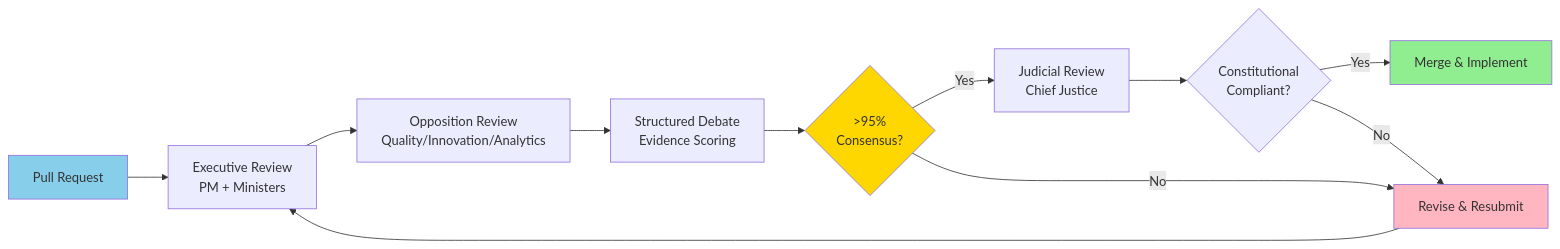
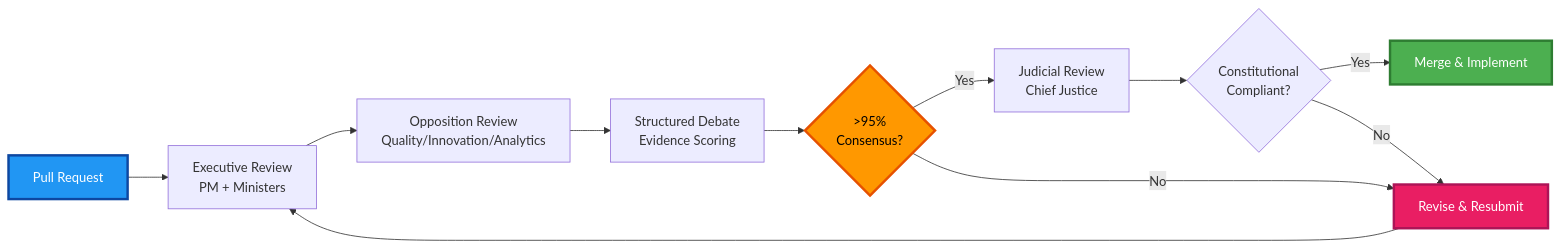
The diagram in CONTRIBUTING.md (Gaurav-Wankhede/AegisIDE), drawn with Mermaid before and after one commit. The commit also changed 1 other file, not shown here.

Commit message:
Update mermaid diagram colors for dark/light theme compatibility
Colors now optimized for visibility in both themes:
- Green (#4CAF50): Start/Complete states
- Orange (#FF9800): Execute/Consensus (high visibility)
- Blue (#2196F3): Update/PR states
- Pink (#E91E63): Wait/Revise states

Added stroke borders and appropriate text colors for better contrast

````diff
--- a/CONTRIBUTING.md
+++ b/CONTRIBUTING.md
@@ -7,18 +7,18 @@
 ```mermaid
 flowchart LR
     PR[Pull Request] --> Exec[Executive Review<br/>PM + Ministers]
     Exec --> Opp[Opposition Review<br/>Quality/Innovation/Analytics]
     Opp --> Debate[Structured Debate<br/>Evidence Scoring]
     Debate --> Consensus{>95%<br/>Consensus?}
     Consensus -->|Yes| Judicial[Judicial Review<br/>Chief Justice]
     Consensus -->|No| Revise[Revise & Resubmit]
     Judicial --> Compliant{Constitutional<br/>Compliant?}
     Compliant -->|Yes| Merge[Merge & Implement]
     Compliant -->|No| Revise
     Revise --> Exec
     
-    style PR fill:#87CEEB
-    style Consensus fill:#FFD700
-    style Merge fill:#90EE90
-    style Revise fill:#FFB6C1
+    style PR fill:#2196F3,stroke:#0D47A1,stroke-width:3px,color:#fff
+    style Consensus fill:#FF9800,stroke:#E65100,stroke-width:3px,color:#000
+    style Merge fill:#4CAF50,stroke:#2E7D32,stroke-width:3px,color:#fff
+    style Revise fill:#E91E63,stroke:#AD1457,stroke-width:3px,color:#fff
 ```
````
